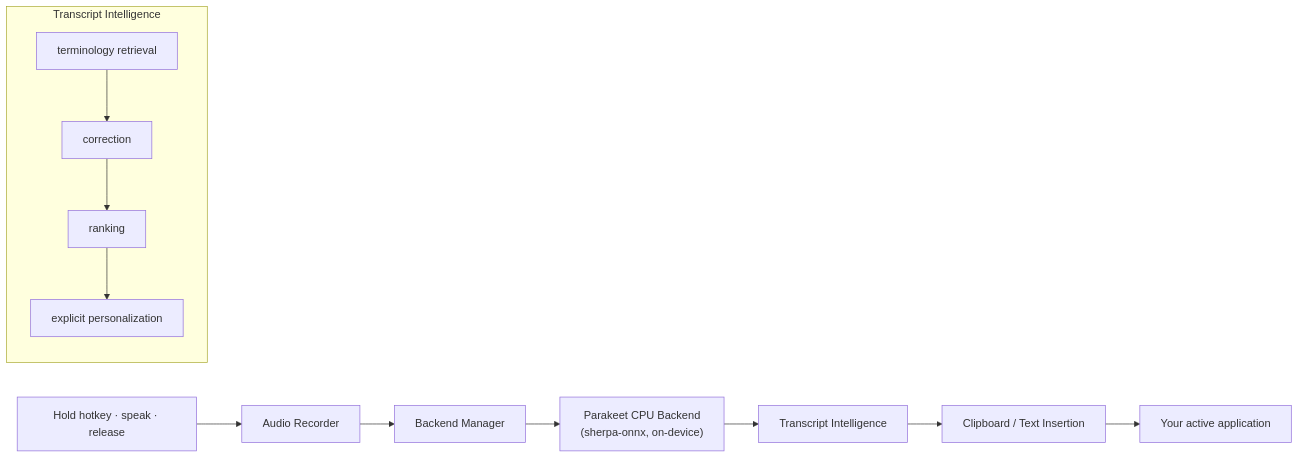
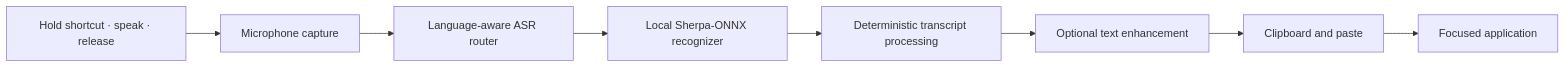
Before and after one commit to SolvyrEryx/SayIt: the diagram in README.md, drawn with Mermaid. The commit also changed other lines of this file, not shown here.

````diff
--- a/README.md
+++ b/README.md
@@ -78,14 +116,10 @@
 ```mermaid
 flowchart LR
-    A["Hold hotkey · speak · release"] --> B[Audio Recorder]
-    B --> C[Backend Manager]
-    C --> D["Parakeet CPU Backend<br/>(sherpa-onnx, on-device)"]
-    D --> E[Transcript Intelligence]
-    E --> F[Clipboard / Text Insertion]
-    F --> G[Your active application]
-   subgraph TI [Transcript Intelligence]
-      E1[terminology retrieval] --> E2[correction]
-      E2 --> E3[ranking]
-      E3 --> E4[explicit personalization]
-    end
+    A["Hold shortcut · speak · release"] --> B[Microphone capture]
+    B --> C[Language-aware ASR router]
+    C --> D[Local Sherpa-ONNX recognizer]
+    D --> E[Deterministic transcript processing]
+    E --> F[Optional text enhancement]
+    F --> G[Clipboard and paste]
+    G --> H[Focused application]
 ```
````
